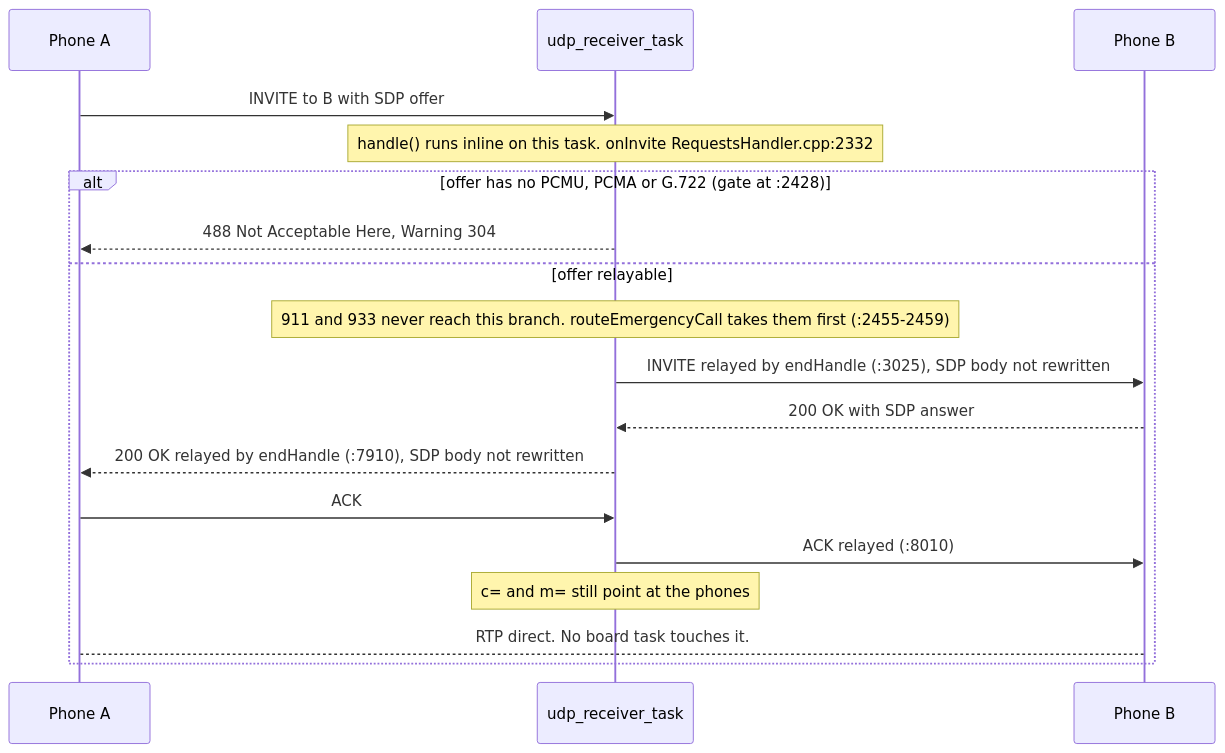
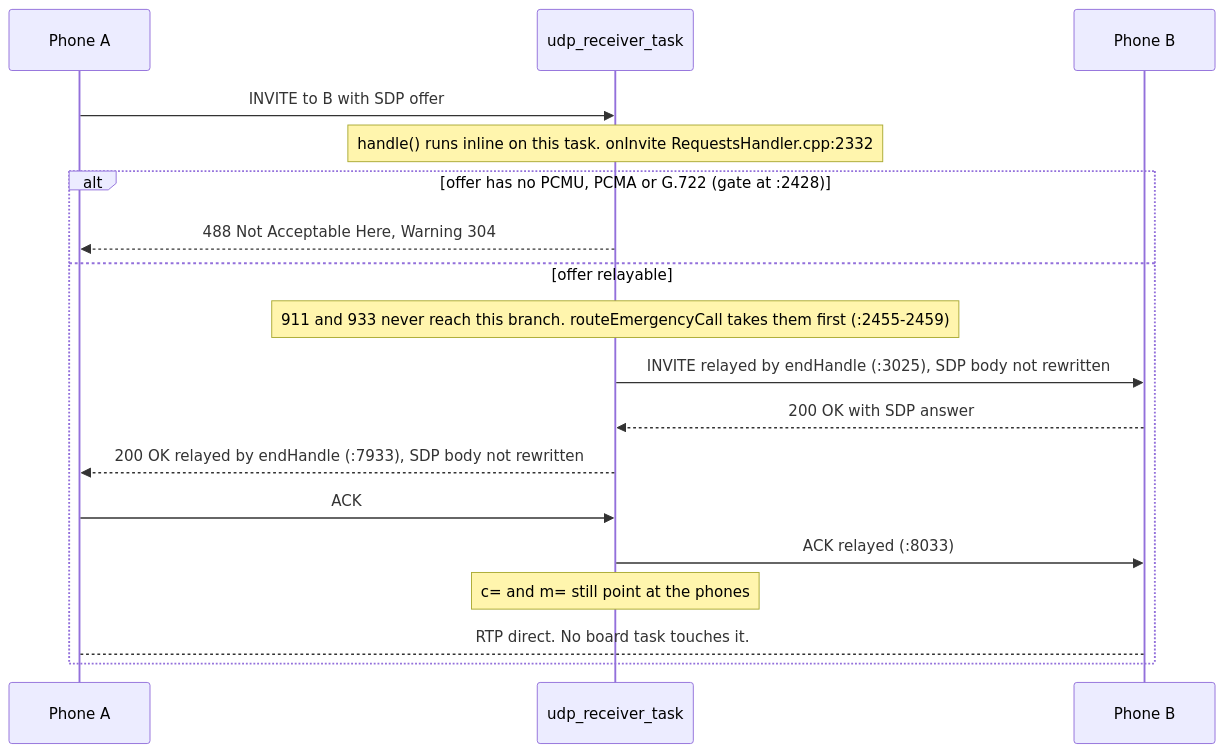
The first of 3 diagrams in docs/RTP.md (GlomarGadaffi/pocket-dial), drawn with Mermaid before and after one commit. The commit also changed other lines of this file and 9 other files, not shown here.

````diff
--- a/docs/RTP.md
+++ b/docs/RTP.md
@@ -92,20 +92,20 @@
 ```mermaid
 sequenceDiagram
     participant A as Phone A
     participant U as udp_receiver_task
     participant B as Phone B
     A->>U: INVITE to B with SDP offer
     Note over U: handle() runs inline on this task. onInvite RequestsHandler.cpp:2332
     alt offer has no PCMU, PCMA or G.722 (gate at :2428)
         U-->>A: 488 Not Acceptable Here, Warning 304
     else offer relayable
         Note over U: 911 and 933 never reach this branch. routeEmergencyCall takes them first (:2455-2459)
         U->>B: INVITE relayed by endHandle (:3025), SDP body not rewritten
         B-->>U: 200 OK with SDP answer
-        U-->>A: 200 OK relayed by endHandle (:7910), SDP body not rewritten
+        U-->>A: 200 OK relayed by endHandle (:7933), SDP body not rewritten
         A->>U: ACK
-        U->>B: ACK relayed (:8010)
+        U->>B: ACK relayed (:8033)
         Note over U: c= and m= still point at the phones
         A-->B: RTP direct. No board task touches it.
     end
 ```
````
